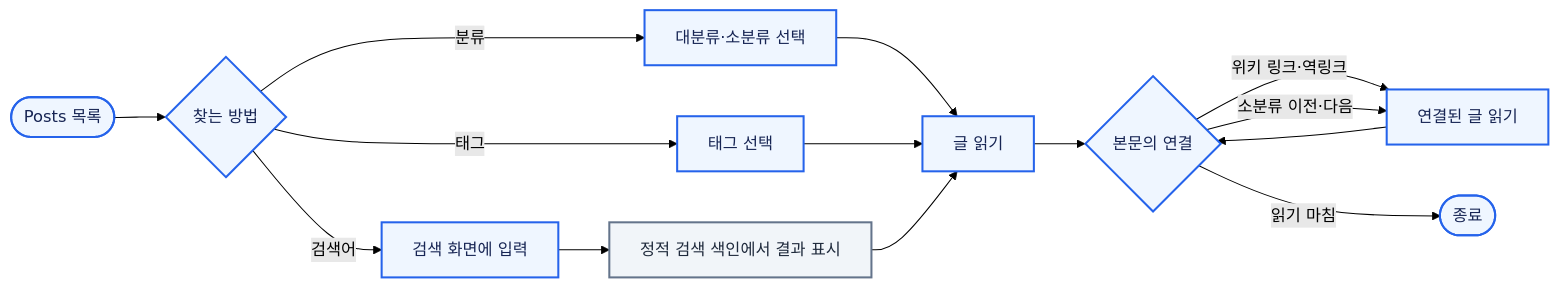
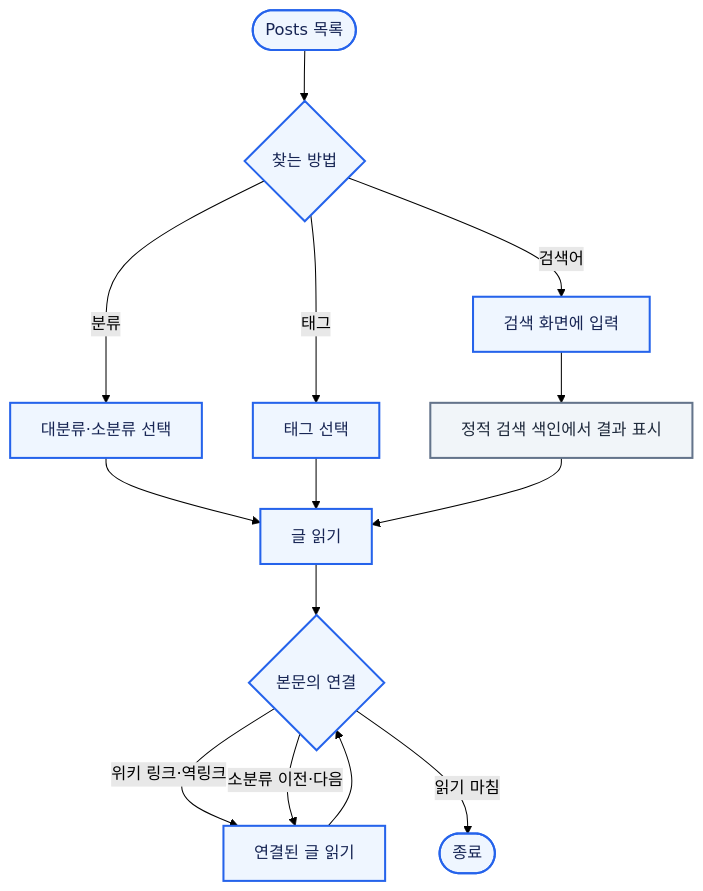
Before and after one commit to gjaku1031/ken-blog: the fourth of 6 diagrams in content/posts/doc-4cfccbd2-1972-4ad8-893a-6a8bf45744e1.md, drawn with Mermaid (forest theme). The commit also changed other lines of this file and 14 other files, not shown here.

First line of the commit message:
docs: restructure architecture and finish data, ops, security docs

````diff
--- a/content/posts/doc-4cfccbd2-1972-4ad8-893a-6a8bf45744e1.md
+++ b/content/posts/doc-4cfccbd2-1972-4ad8-893a-6a8bf45744e1.md
@@ -88,21 +88,21 @@
 ```mermaid caption="파랑은 독자 행동, 주황은 관리자 행동, 회색은 시스템 처리. 둥근 노드는 시작·끝, 마름모는 판단. 검색은 빌드 때 만든 정적 색인을 브라우저에서 조회함"
-flowchart LR
+flowchart TD
     start(["Posts 목록"]) --> how{"찾는 방법"}
     how -->|분류| cat["대분류·소분류 선택"]
     how -->|태그| tag["태그 선택"]
     how -->|검색어| query["검색 화면에 입력"]
     query --> index["정적 검색 색인에서 결과 표시"]
     cat --> post["글 읽기"]
     tag --> post
     index --> post
     post --> wikiLink{"본문의 연결"}
     wikiLink -->|위키 링크·역링크| other["연결된 글 읽기"]
     wikiLink -->|소분류 이전·다음| other
     other --> wikiLink
     wikiLink -->|읽기 마침| done(["종료"])
     classDef reader fill:#eff6ff,stroke:#2563eb,color:#172554,stroke-width:2px
     classDef admin fill:#fff7ed,stroke:#ea580c,color:#7c2d12,stroke-width:2px
     classDef system fill:#f1f5f9,stroke:#64748b,color:#1e293b,stroke-width:2px
     class start,how,cat,tag,query,post,wikiLink,other,done reader
     class index system
 ```
````
